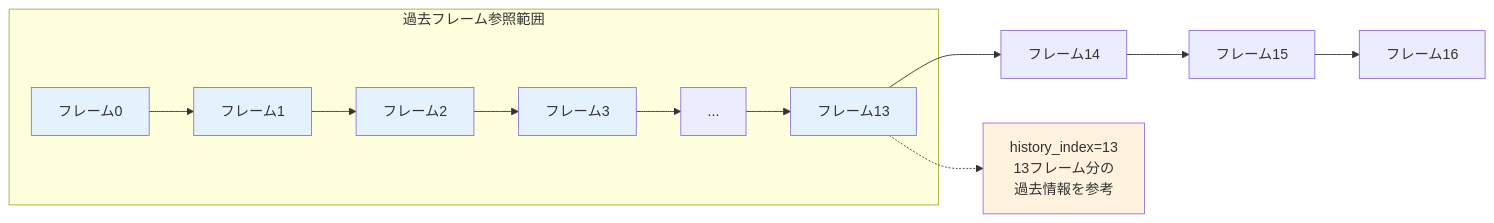
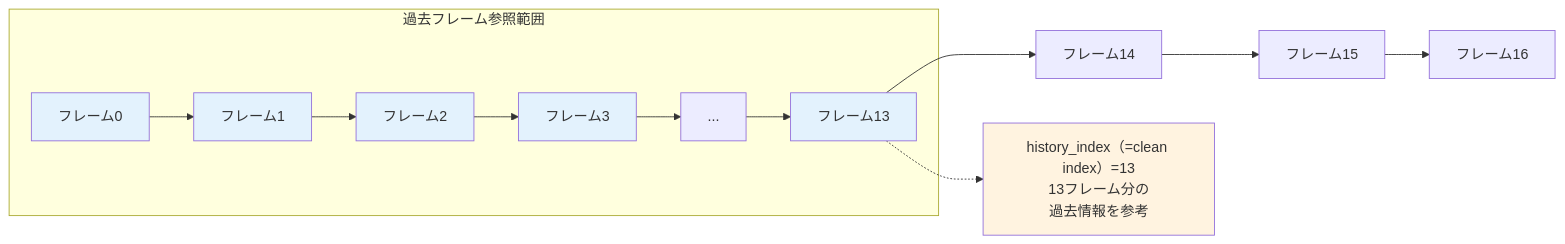
The second of 13 diagrams in README/framepack_oichi_user_friendly_guide.md (tanbw/FramePack-eichi), drawn with Mermaid before and after one commit. The commit also changed other lines of this file, not shown here.

````diff
--- a/README/framepack_oichi_user_friendly_guide.md
+++ b/README/framepack_oichi_user_friendly_guide.md
@@ -132,23 +118,23 @@
 ```mermaid
 graph LR
     subgraph "過去フレーム参照範囲"
         F0[フレーム0] --> F1[フレーム1]
         F1 --> F2[フレーム2]
         F2 --> F3[フレーム3]
         F3 --> F4[...]
         F4 --> F13[フレーム13]
     end
     
     F13 --> F14[フレーム14]
     F14 --> F15[フレーム15]
     F15 --> F16[フレーム16]
     
-    F13 -.-> H[history_index=13<br/>13フレーム分の<br/>過去情報を参考]
+    F13 -.-> H[history_index（=clean index）=13<br/>13フレーム分の<br/>過去情報を参考]
     
     style F0 fill:#e3f2fd
     style F1 fill:#e3f2fd
     style F2 fill:#e3f2fd
     style F3 fill:#e3f2fd
     style F13 fill:#e3f2fd
     style H fill:#fff3e0
 ```
````
